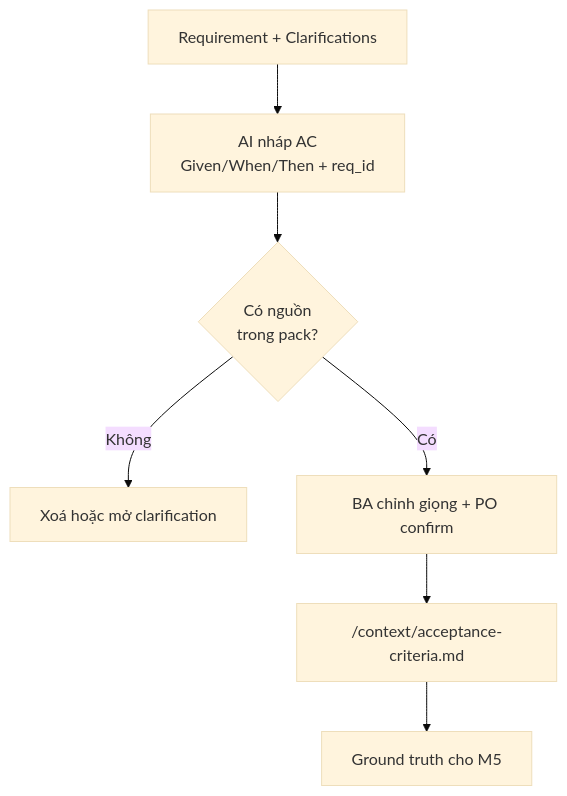
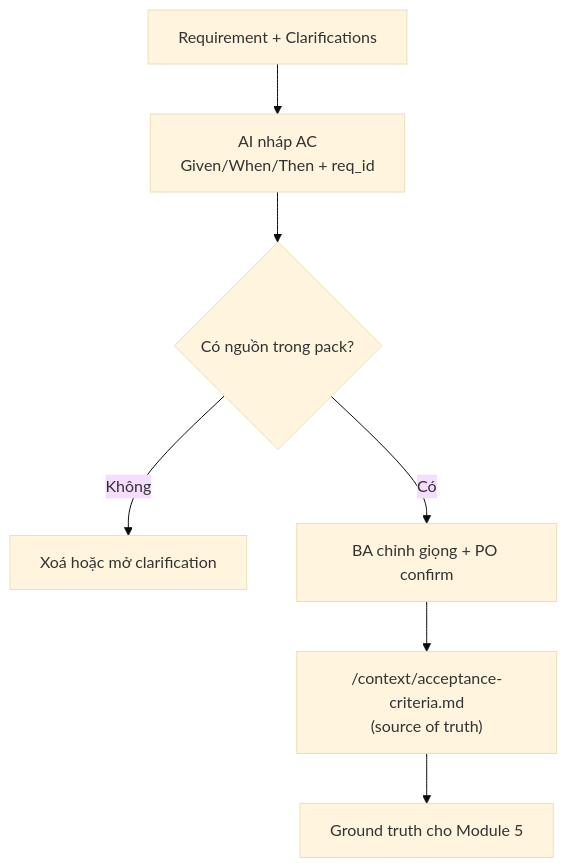
The third of 6 diagrams in docs/curriculum/MODULE-04-ai-for-ba-tester.md (heino-labs/gen-ai-labs), drawn with Mermaid (base theme) before and after one commit. The commit also changed other lines of this file and 10 other files, not shown here.

Commit message:
Refactor MODULE-09-capstone.md and README.md for clarity and structure; enhance narrative flow and emphasize evidence-based learning in AI testing curriculum.

````diff
--- a/docs/curriculum/MODULE-04-ai-for-ba-tester.md
+++ b/docs/curriculum/MODULE-04-ai-for-ba-tester.md
@@ -184,9 +98,9 @@
 ```mermaid
 flowchart TD
     A["Requirement + Clarifications"] --> B["AI nháp AC<br/>Given/When/Then + req_id"]
-    B --> C{"Có nguồn<br/>trong pack?"}
+    B --> C{"Có nguồn trong pack?"}
     C -- Không --> D["Xoá hoặc mở clarification"]
     C -- Có --> E["BA chỉnh giọng + PO confirm"]
-    E --> F["/context/acceptance-criteria.md"]
-    F --> G["Ground truth cho M5"]
+    E --> F["/context/acceptance-criteria.md<br/>(source of truth)"]
+    F --> G["Ground truth cho Module 5"]
 ```
````
